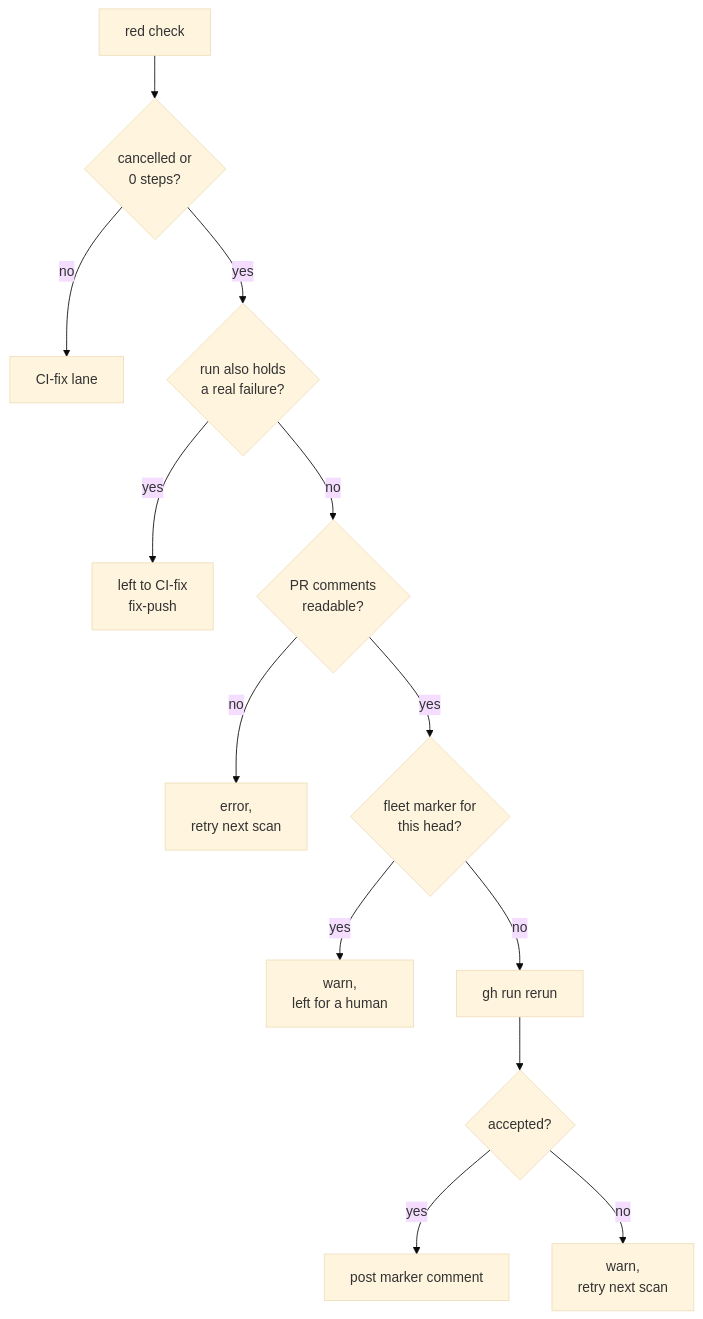
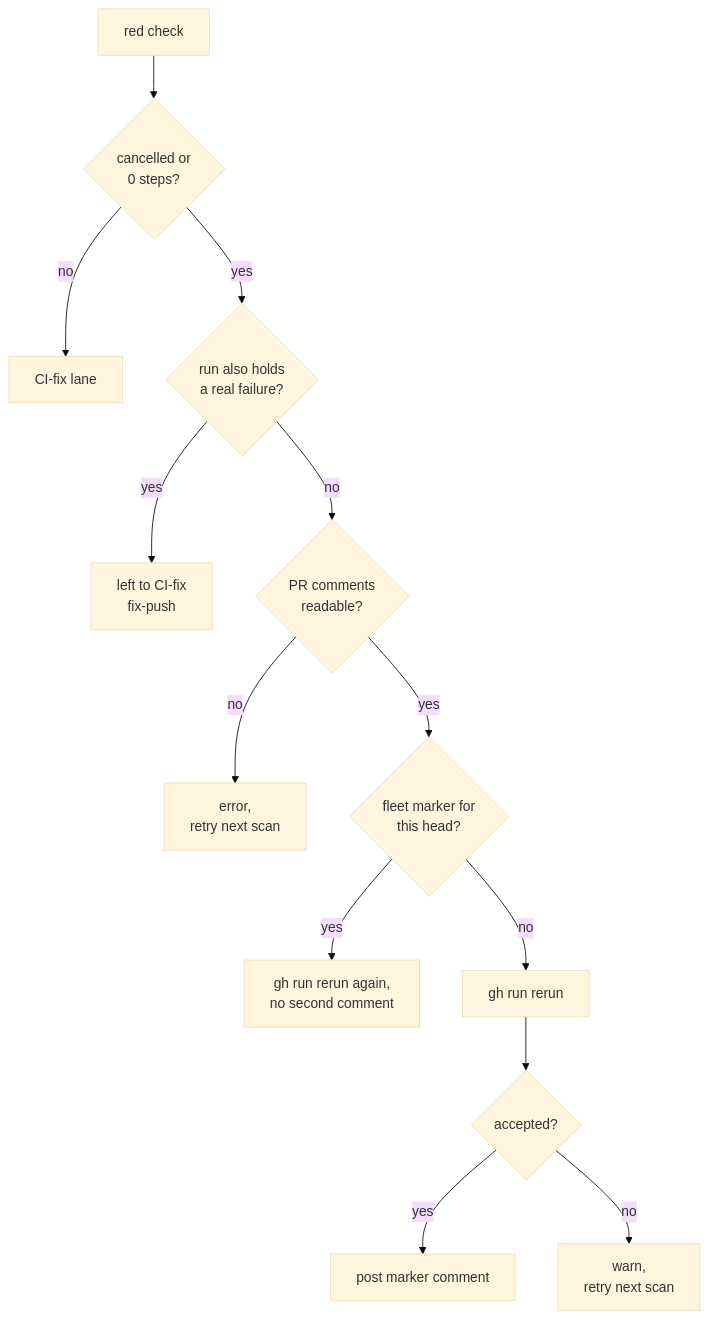
The seventh of 7 diagrams in docs/workflows/ci-fix.md (stSoftwareAU/VibeCoder), drawn with Mermaid (base theme) before and after one commit. The commit also changed other lines of this file and 42 other files, not shown here.

````diff
--- a/docs/workflows/ci-fix.md
+++ b/docs/workflows/ci-fix.md
@@ -228,15 +230,15 @@
 ```mermaid
 flowchart TD
     A["red check"] --> B{"cancelled or<br/>0 steps?"}
     B -->|no| X["CI-fix lane"]
     B -->|yes| C{"run also holds<br/>a real failure?"}
     C -->|yes| X2["left to CI-fix<br/>fix-push"]
     C -->|no| U{"PR comments<br/>readable?"}
     U -->|no| Z["error,<br/>retry next scan"]
     U -->|yes| D{"fleet marker for<br/>this head?"}
-    D -->|yes| W["warn,<br/>left for a human"]
+    D -->|yes| G2["gh run rerun again,<br/>no second comment"]
     D -->|no| G["gh run rerun"]
     G --> E{"accepted?"}
     E -->|yes| M["post marker comment"]
     E -->|no| R["warn,<br/>retry next scan"]
 ```
````
